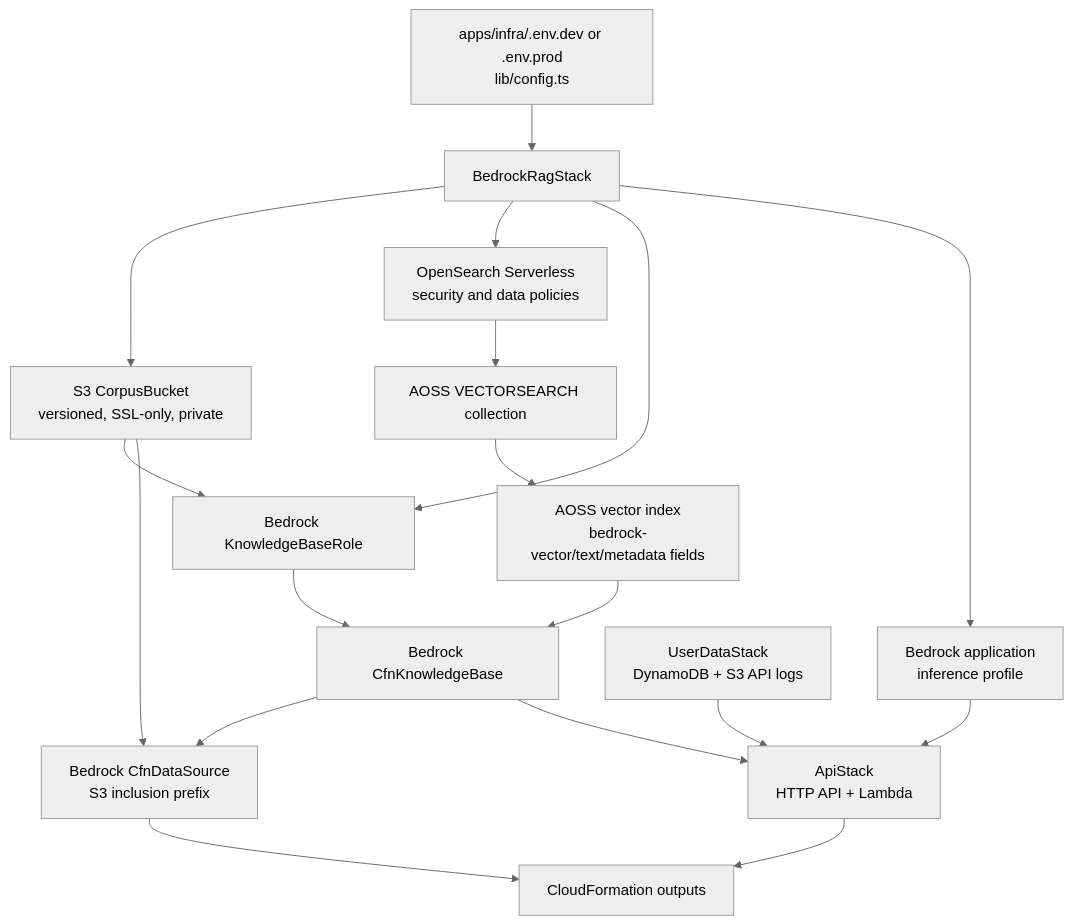
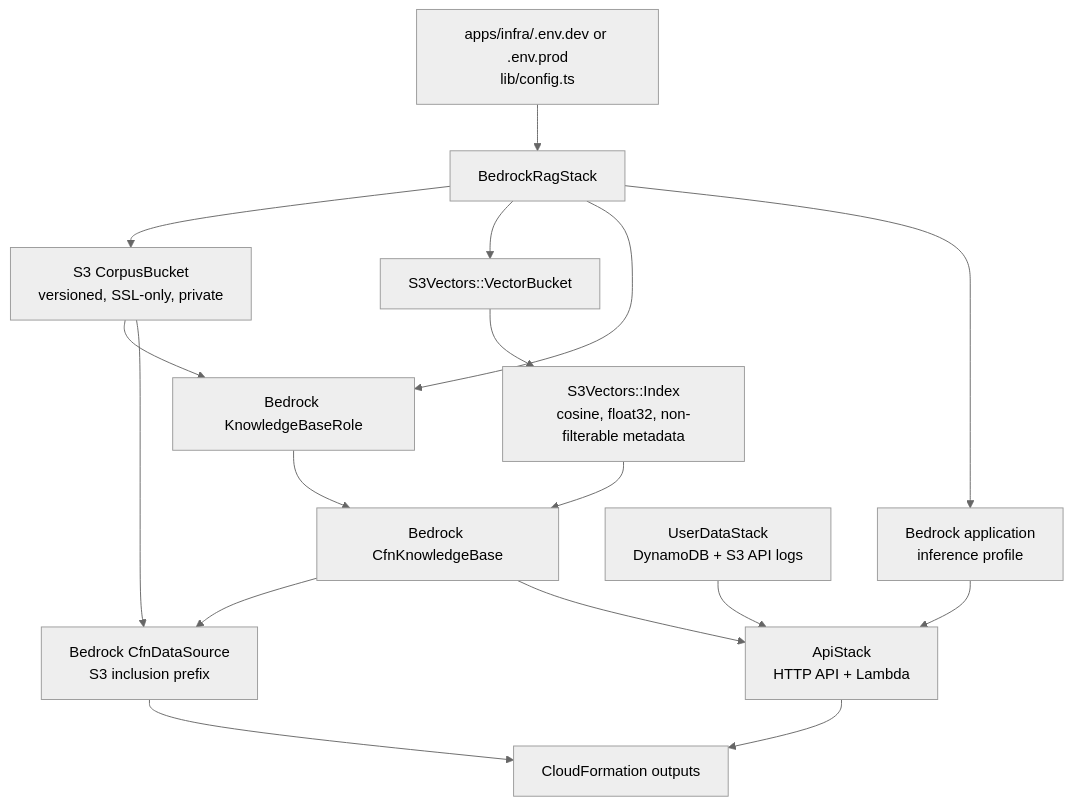
The second of 3 diagrams in docs/bedrock_rag_api_integration.md (ava-collins/simple-tarot), drawn with Mermaid (neutral theme) before and after one commit. The commit also changed other lines of this file and 7 other files, not shown here.

````diff
--- a/docs/bedrock_rag_api_integration.md
+++ b/docs/bedrock_rag_api_integration.md
@@ -174,34 +181,32 @@
 ```mermaid
 flowchart TB
     Config["apps/infra/.env.dev or .env.prod<br/>lib/config.ts"]
     Stack["BedrockRagStack"]
     Bucket["S3 CorpusBucket<br/>versioned, SSL-only, private"]
-    Policies["OpenSearch Serverless<br/>security and data policies"]
-    Collection["AOSS VECTORSEARCH collection"]
-    Index["AOSS vector index<br/>bedrock-vector/text/metadata fields"]
+    VectorBucket["S3Vectors::VectorBucket"]
+    Index["S3Vectors::Index<br/>cosine, float32, non-filterable metadata"]
     Role["Bedrock KnowledgeBaseRole"]
     KB["Bedrock CfnKnowledgeBase"]
     DS["Bedrock CfnDataSource<br/>S3 inclusion prefix"]
     Profile["Bedrock application<br/>inference profile"]
     UserData["UserDataStack<br/>DynamoDB + S3 API logs"]
     APIStack["ApiStack<br/>HTTP API + Lambda"]
     Outputs["CloudFormation outputs"]
 
     Config --> Stack
     Stack --> Bucket
-    Stack --> Policies
-    Policies --> Collection
-    Collection --> Index
+    Stack --> VectorBucket
+    VectorBucket --> Index
     Stack --> Role
     Bucket --> Role
     Role --> KB
     Index --> KB
     Stack --> Profile
     Bucket --> DS
     KB --> DS
     UserData --> APIStack
     KB --> APIStack
     Profile --> APIStack
     APIStack --> Outputs
     DS --> Outputs
 ```
````
